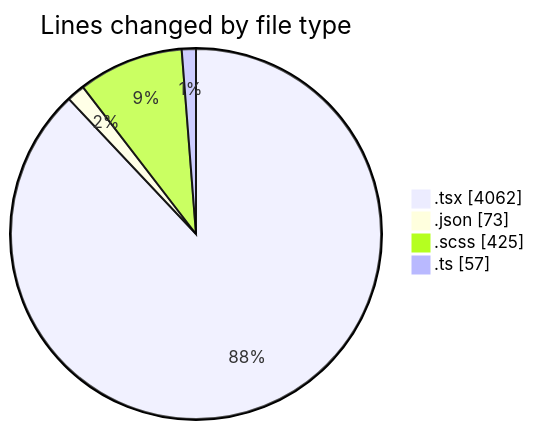
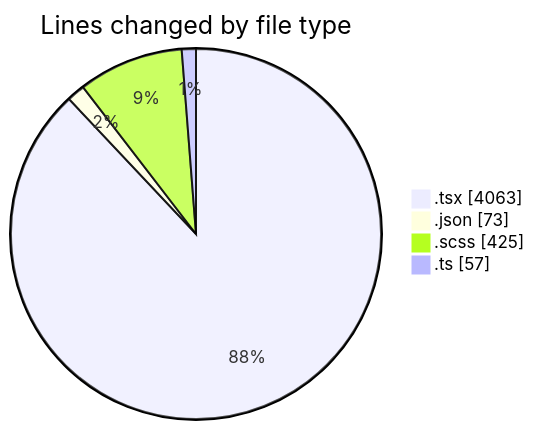
Before and after one commit to momahboobian/code-tracking: the first of 2 diagrams in 2025-10-02/cda/README.md, drawn with Mermaid. The commit also changed other lines of this file and 1 other file, not shown here.

````diff
--- a/2025-10-02/cda/README.md
+++ b/2025-10-02/cda/README.md
@@ -29,8 +29,8 @@
 ```mermaid
 pie showData
 title Lines changed by file type
-".tsx" : 4062
+".tsx" : 4063
 ".json" : 73
 ".scss" : 425
 ".ts" : 57
 ```
````
